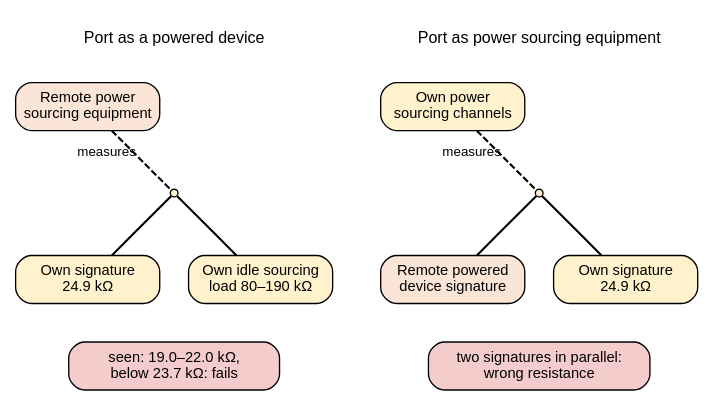
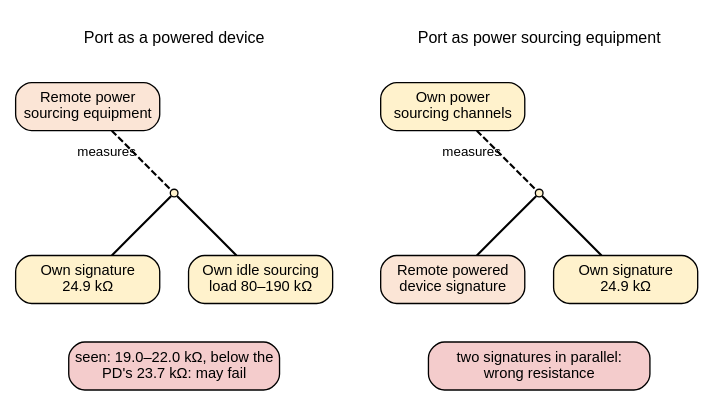
Before and after one commit to mithro/evampire: the diagram in docs/power/poe/dual-role-detect.dot, drawn with Graphviz.

Commit message:
Say that 19.0 to 22.0 kOhm is out of specification, not a certain failure
23.7 to 26.3 kOhm is the powered device's own requirement; the PSE
accepts 19 to 26.5 kOhm (Table 145-8).

```diff
--- a/docs/power/poe/dual-role-detect.dot
+++ b/docs/power/poe/dual-role-detect.dot
@@ -1,40 +1,40 @@
 // Why a port that can take either role disconnects the path it is not
 // using. From dual-role.rst. Fixed grid (positions in inches): left panel
 // x=0-3.4, right x=3.8-7.2.
 //
 // Fill colours: far-end equipment #fbe5d6, power circuits #fff2cc,
 // outcomes #f4cccc (invalid). Dashed edges are measurements.
 //
 // SPDX-License-Identifier: Apache-2.0
 
 graph dual_role_detect {
     graph [layout=neato, splines=false, overlap=true, outputorder=edgesfirst,
            fontname="Helvetica"];
     node  [shape=box, style="rounded,filled", fillcolor="#fff2cc",
            fontname="Helvetica", fontsize=11, width=1.5, height=0.5,
            fixedsize=true];
     edge  [fontname="Helvetica", fontsize=10, penwidth=1.6];
 
     t1 [pos="1.7,3.6!", shape=plaintext, style="", width=3.3, fontsize=12,
         label="Port as a powered device"];
     t2 [pos="5.5,3.6!", shape=plaintext, style="", width=3.3, fontsize=12,
         label="Port as power sourcing equipment"];
 
     r1 [pos="0.8,2.9!", label="Remote power\nsourcing equipment", fillcolor="#fbe5d6"];
     c1 [pos="1.7,2.0!", shape=point, width=0.08];
     s1 [pos="0.8,1.1!", label="Own signature\n24.9 kΩ"];
     d1 [pos="2.6,1.1!", label="Own idle sourcing\nload 80–190 kΩ"];
-    o1 [pos="1.7,0.2!", label="seen: 19.0–22.0 kΩ,\nbelow 23.7 kΩ: fails", width=2.2,
+    o1 [pos="1.7,0.2!", label="seen: 19.0–22.0 kΩ, below the\nPD's 23.7 kΩ: may fail", width=2.2,
         fillcolor="#f4cccc"];
     r1 -- c1 [style=dashed, label="  measures"];
     c1 -- s1; c1 -- d1;
 
     r2 [pos="4.6,2.9!", label="Own power\nsourcing channels"];
     c2 [pos="5.5,2.0!", shape=point, width=0.08];
     s2 [pos="4.6,1.1!", label="Remote powered\ndevice signature", fillcolor="#fbe5d6"];
     d2 [pos="6.4,1.1!", label="Own signature\n24.9 kΩ"];
     o2 [pos="5.5,0.2!", label="two signatures in parallel:\nwrong resistance", width=2.3,
         fillcolor="#f4cccc"];
     r2 -- c2 [style=dashed, label="  measures"];
     c2 -- s2; c2 -- d2;
 }
```
